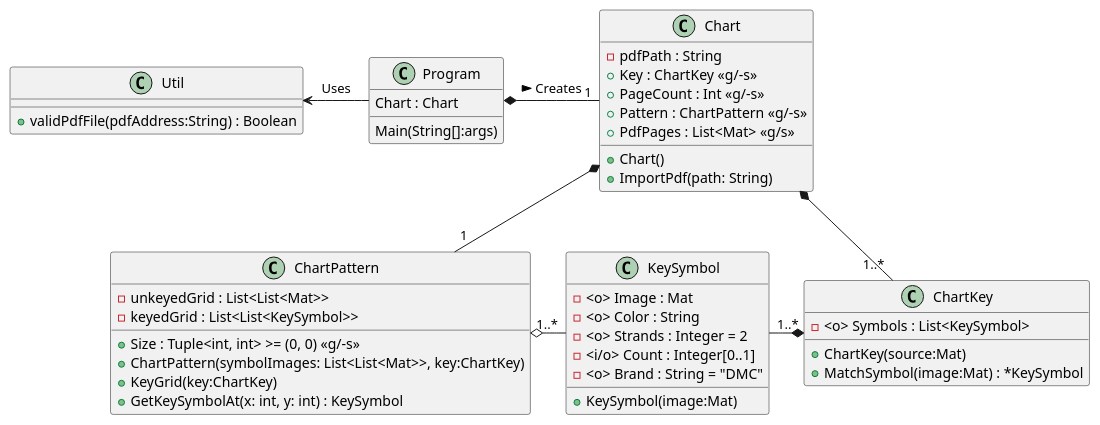
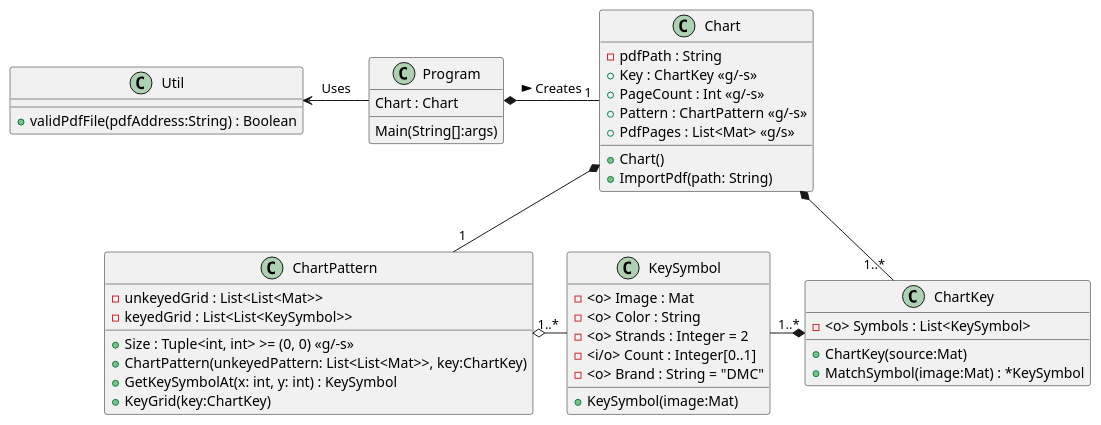
The diagram in doc/classes.md (Badwolf369/PatternSeer), drawn with PlantUML before and after one commit. The commit also changed 1 other file, not shown here.

Commit message:
Update ChartPattern.cs to match class diagram

```diff
--- a/doc/classes.md
+++ b/doc/classes.md
@@ -1,48 +1,48 @@
 @startuml
 class Program {
     Chart : Chart
     Main(String[]:args)
 }
 class Chart {
     -pdfPath : String
     +Key : ChartKey <<g/-s>>
     +PageCount : Int <<g/-s>>
     +Pattern : ChartPattern <<g/-s>>
     +PdfPages : List<Mat> <<g/s>>
     +Chart()
     +ImportPdf(path: String)
 }
 class ChartPattern {
     -unkeyedGrid : List<List<Mat>>
     -keyedGrid : List<List<KeySymbol>>
     +Size : Tuple<int, int> >= (0, 0) <<g/-s>>
-    +ChartPattern(symbolImages: List<List<Mat>>, key:ChartKey)
+    +ChartPattern(unkeyedPattern: List<List<Mat>>, key:ChartKey)
+    +GetKeySymbolAt(x: int, y: int) : KeySymbol
     +KeyGrid(key:ChartKey)
-    +GetKeySymbolAt(x: int, y: int) : KeySymbol
 }
 class ChartKey {
     -<o> Symbols : List<KeySymbol>
     +ChartKey(source:Mat)
     +MatchSymbol(image:Mat) : *KeySymbol
 }
 class KeySymbol {
     -<o> Image : Mat
     -<o> Color : String
     -<o> Strands : Integer = 2
     -<i/o> Count : Integer[0..1]
     -<o> Brand : String = "DMC"
     +KeySymbol(image:Mat)
 }
 
 Chart "1" -l-* Program : < Creates
 ChartKey "1..*" -u-* Chart
 ChartPattern "1" -u-* Chart
 KeySymbol "1..*" -l-o ChartPattern
 KeySymbol "1..*" -r-* ChartKey
 
 class Util {
     +validPdfFile(pdfAddress:String) : Boolean
 }
 
 Program -l-> Util : Uses
 @enduml
```
